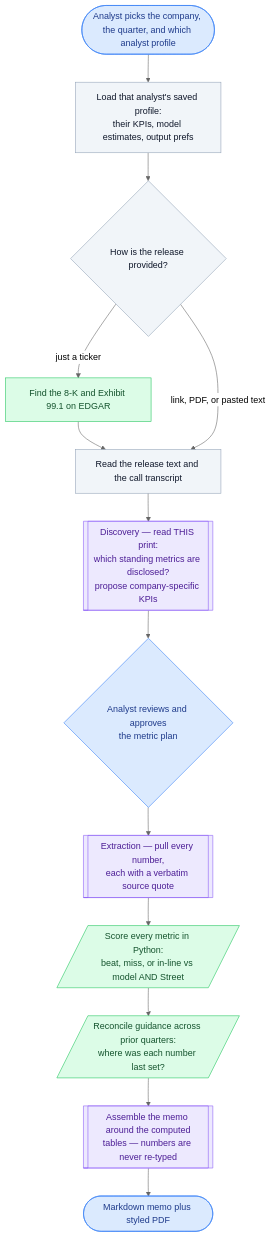
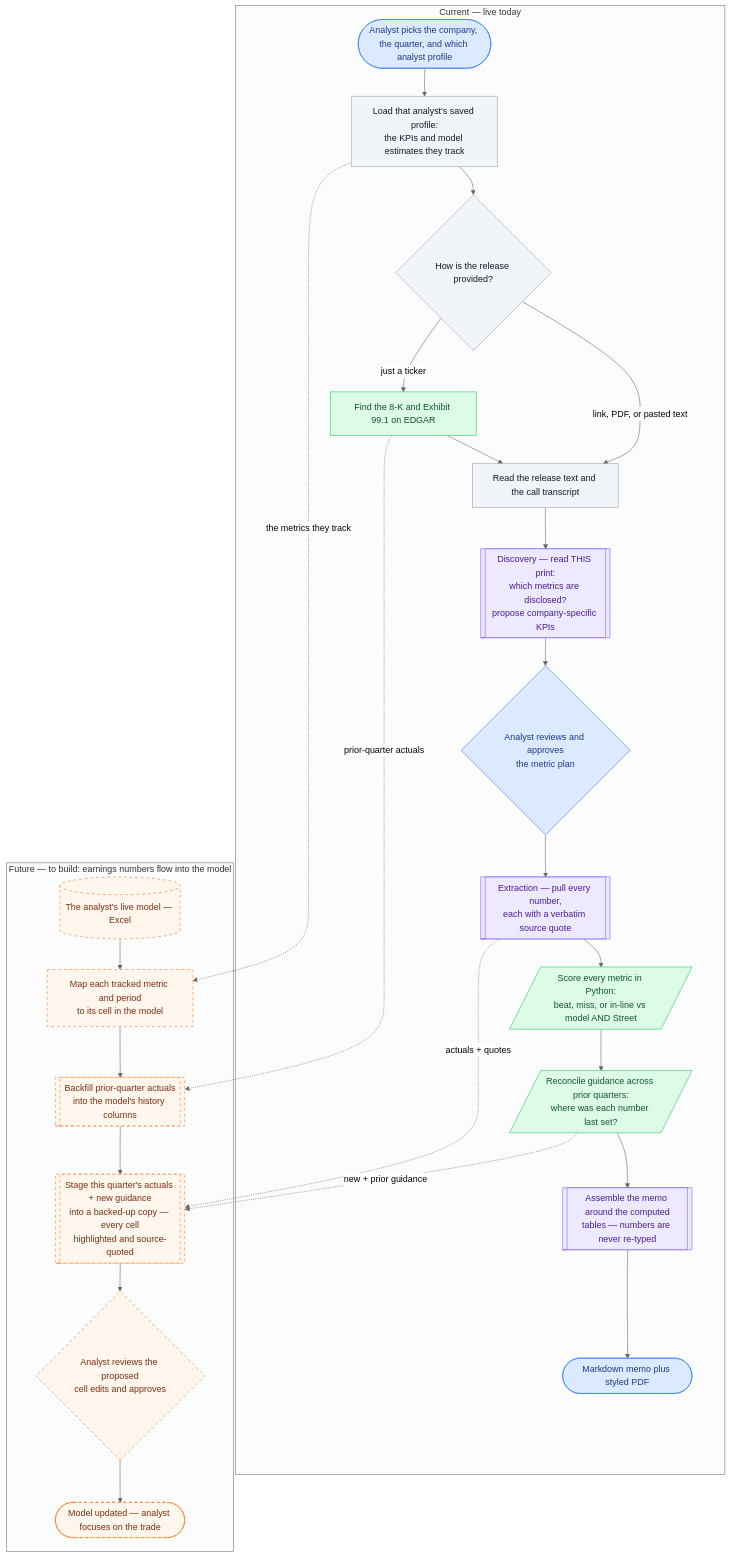
One commit to brianjxie/earnings-summary changed the diagram in README.md. Above: the diagram before and after it, drawn with Mermaid (neutral theme). The commit also changed other lines of this file, not shown here.

Commit message:
README diagram: frame as Current vs Future; add model write-back roadmap
Split the flow diagram into a Current (live today) box and a Future (to build) box. The Future branch shows earnings numbers flowing into the analyst's Excel model: map metric->cell, backfill historicals (its own node, fed by the existing prior-release fetch), then stage actuals + guidance into a backed-up copy for approval. Adds the roadmap legend entry + a 'where it's headed' note.

````diff
--- a/README.md
+++ b/README.md
@@ -15,25 +15,44 @@
 ```mermaid
 flowchart TD
-    Start([Analyst picks the company, the quarter, and which analyst profile]):::human
-    Profile[Load that analyst's saved profile:<br>their KPIs, model estimates, output prefs]:::data
-    Find{How is the release provided?}:::data
-    Edgar[Find the 8-K and Exhibit 99.1 on EDGAR]:::det
-    Read[Read the release text and the call transcript]:::data
-    Discover[[Discovery — read THIS print:<br>which standing metrics are disclosed?<br>propose company-specific KPIs]]:::agent
-    Approve{Analyst reviews and approves<br>the metric plan}:::human
-    Extract[[Extraction — pull every number,<br>each with a verbatim source quote]]:::agent
-    Beat[/Score every metric in Python:<br>beat, miss, or in-line vs model AND Street/]:::det
-    Guide[/Reconcile guidance across prior quarters:<br>where was each number last set?/]:::det
-    Assemble[[Assemble the memo around the computed<br>tables — numbers are never re-typed]]:::agent
-    Out([Markdown memo plus styled PDF]):::human
+    subgraph CUR ["Current — live today"]
+        Start([Analyst picks the company, the quarter, and which analyst profile]):::human
+        Profile[Load that analyst's saved profile:<br>the KPIs and model estimates they track]:::data
+        Find{How is the release provided?}:::data
+        Edgar[Find the 8-K and Exhibit 99.1 on EDGAR]:::det
+        Read[Read the release text and the call transcript]:::data
+        Discover[[Discovery — read THIS print:<br>which metrics are disclosed?<br>propose company-specific KPIs]]:::agent
+        Approve{Analyst reviews and approves<br>the metric plan}:::human
+        Extract[[Extraction — pull every number,<br>each with a verbatim source quote]]:::agent
+        Beat[/Score every metric in Python:<br>beat, miss, or in-line vs model AND Street/]:::det
+        Guide[/Reconcile guidance across prior quarters:<br>where was each number last set?/]:::det
+        Assemble[[Assemble the memo around the computed<br>tables — numbers are never re-typed]]:::agent
+        Memo([Markdown memo plus styled PDF]):::human
 
-    Start --> Profile --> Find
-    Find -->|just a ticker| Edgar --> Read
-    Find -->|link, PDF, or pasted text| Read
-    Read --> Discover --> Approve --> Extract --> Beat --> Guide --> Assemble --> Out
+        Start --> Profile --> Find
+        Find -->|just a ticker| Edgar --> Read
+        Find -->|link, PDF, or pasted text| Read
+        Read --> Discover --> Approve --> Extract --> Beat --> Guide --> Assemble --> Memo
+    end
+
+    subgraph FUT ["Future — to build: earnings numbers flow into the model"]
+        Model[(The analyst's live model — Excel)]:::todo
+        Map[Map each tracked metric and period<br>to its cell in the model]:::todo
+        Hist[[Backfill prior-quarter actuals<br>into the model's history columns]]:::todo
+        Write[[Stage this quarter's actuals + new guidance<br>into a backed-up copy — every cell<br>highlighted and source-quoted]]:::todo
+        OkModel{Analyst reviews the proposed<br>cell edits and approves}:::todo
+        Trade([Model updated — analyst focuses on the trade]):::todo
+
+        Model --> Map --> Hist --> Write --> OkModel --> Trade
+    end
+
+    Profile -.->|the metrics they track| Map
+    Edgar -.->|prior-quarter actuals| Hist
+    Extract -.->|actuals + quotes| Write
+    Guide -.->|new + prior guidance| Write
 
     classDef human fill:#dbeafe,stroke:#3b82f6,color:#1e3a8a;
     classDef agent fill:#ede9fe,stroke:#8b5cf6,color:#4c1d95;
     classDef det fill:#dcfce7,stroke:#22c55e,color:#14532d;
     classDef data fill:#f1f5f9,stroke:#94a3b8,color:#0f172a;
+    classDef todo fill:#fff7ed,stroke:#f97316,color:#7c2d12,stroke-dasharray: 5 5;
 ```
````
